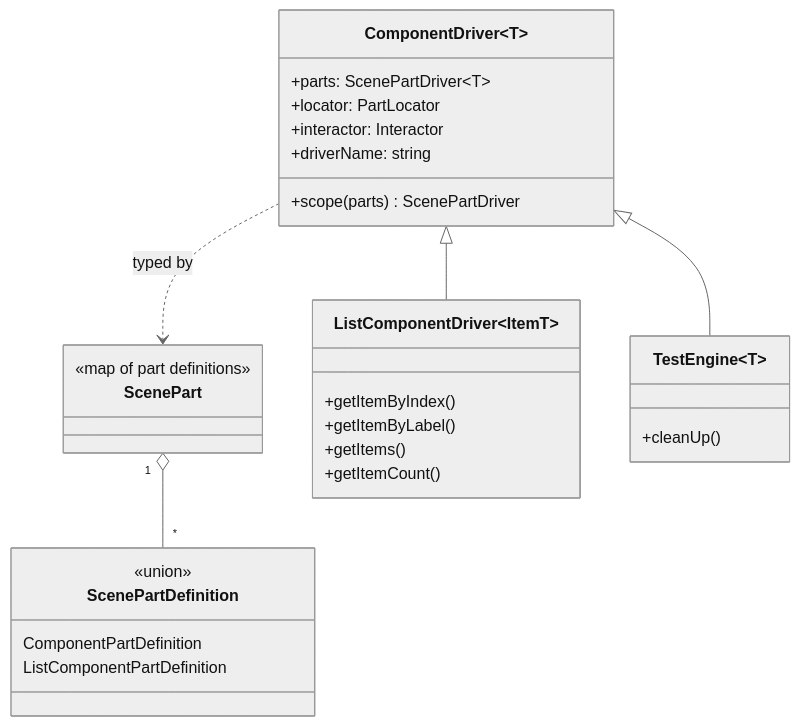
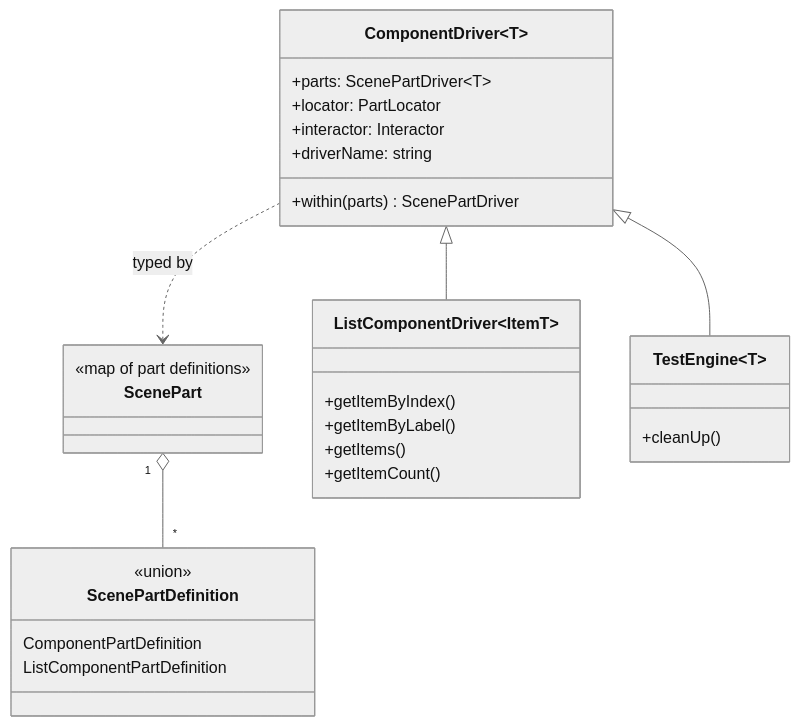
One commit to atomic-testing/atomic-testing changed the diagram in agent-docs/DOMAIN.md. Above: the diagram before and after it, drawn with Mermaid (neutral theme). The commit also changed other lines of this file and 45 other files, not shown here.

First line of the commit message:
refactor(core)!: rename ComponentDriver.scope to within

````diff
--- a/agent-docs/DOMAIN.md
+++ b/agent-docs/DOMAIN.md
@@ -28,31 +28,31 @@
 ```mermaid
 classDiagram
     class ScenePart {
       <<map of part definitions>>
     }
     class ScenePartDefinition {
       <<union>>
       ComponentPartDefinition
       ListComponentPartDefinition
     }
     class ComponentDriver~T~ {
       +parts: ScenePartDriver~T~
       +locator: PartLocator
       +interactor: Interactor
       +driverName: string
-      +scope(parts) ScenePartDriver
+      +within(parts) ScenePartDriver
     }
     class ListComponentDriver~ItemT~ {
       +getItemByIndex()
       +getItemByLabel()
       +getItems()
       +getItemCount()
     }
     class TestEngine~T~ {
       +cleanUp()
     }
     ScenePart "1" o-- "*" ScenePartDefinition
     ComponentDriver <|-- ListComponentDriver
     ComponentDriver <|-- TestEngine
     ComponentDriver ..> ScenePart : typed by
 ```
````
